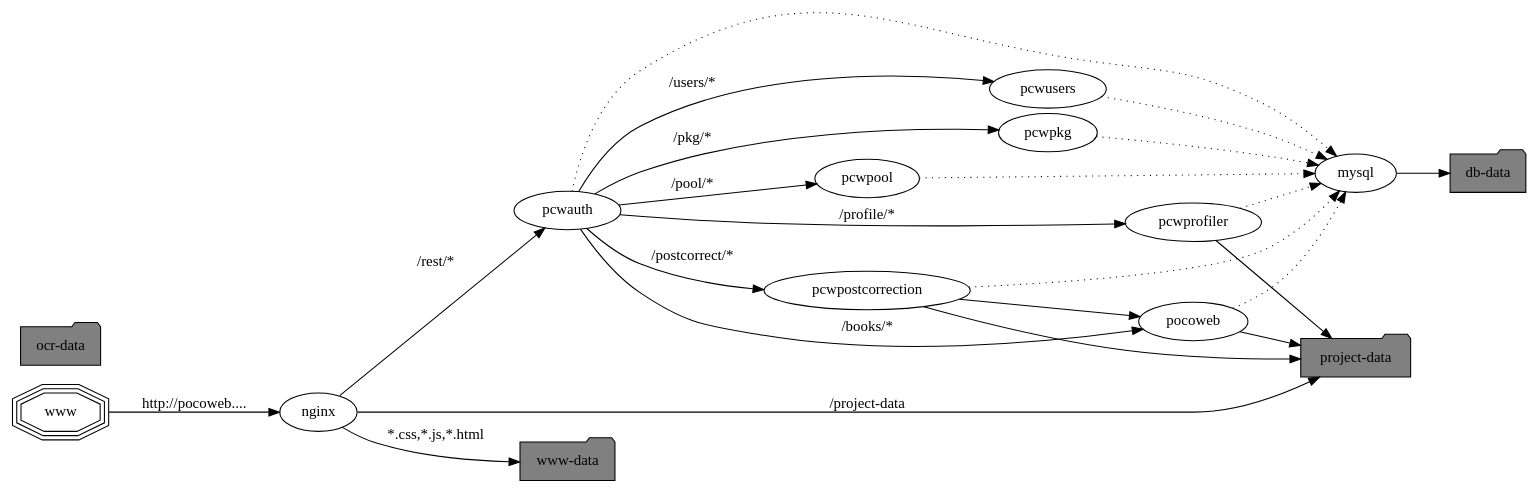
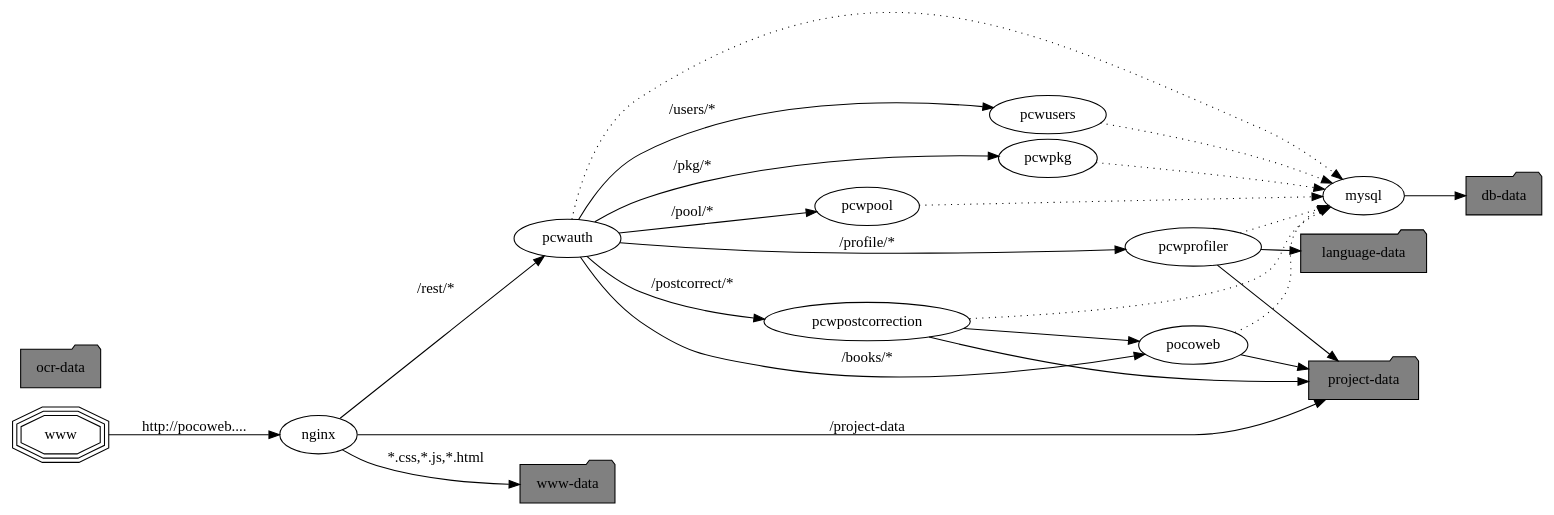
One commit to cisocrgroup/pocoweb changed the diagram in frontend/public_html/assets/images/doc/overview.dot. Above: the diagram before and after it, drawn with Graphviz. The commit also changed 4 other files, not shown here.

```diff
--- a/frontend/public_html/assets/images/doc/overview.dot
+++ b/frontend/public_html/assets/images/doc/overview.dot
@@ -1,40 +1,42 @@
 digraph ov {
  rankdir=LR;
  www [shape=tripleoctagon]
  nginx
  pocoweb
  mysql
  pcwauth
  pcwusers
  pcwprofiler
  pcwpostcorrection
  pcwpkg
  pcwpool
  wwwd [label="www-data" shape=folder fillcolor=gray style=filled]
  projectd [label="project-data" shape=folder fillcolor=gray style=filled]
+ languaged [label="language-data" shape=folder fillcolor=gray style=filled]
  ocrd [label="ocr-data" shape=folder fillcolor=gray style=filled]
  dbd [label="db-data" shape=folder fillcolor=gray style=filled]
 
  www -> nginx [label="http://pocoweb...."]
  nginx -> pcwauth [label="/rest/*"]
  nginx -> projectd [label="/project-data"]
  nginx -> wwwd [label="*.css,*.js,*.html"]
  pocoweb -> mysql [style=dotted]
  pocoweb -> projectd
  pcwauth -> pocoweb [label="/books/*"]
  pcwauth -> pcwusers [label="/users/*"]
  pcwauth -> pcwprofiler [label="/profile/*"]
  pcwauth -> pcwpostcorrection [label="/postcorrect/*"]
  pcwauth -> pcwpkg [label="/pkg/*"]
  pcwauth -> pcwpool [label="/pool/*"]
  pcwauth -> mysql [style=dotted]
  pcwprofiler -> projectd
+ pcwprofiler -> languaged
  pcwprofiler -> mysql [style=dotted]
- pcwpostcorrection -> projectd
+  pcwpostcorrection -> projectd
  pcwpostcorrection -> pocoweb
  pcwpostcorrection -> mysql [style=dotted]
  pcwusers -> mysql [style=dotted]
  mysql -> dbd
  pcwpkg -> mysql [style=dotted]
  pcwpool -> mysql [style=dotted]
 }
```
